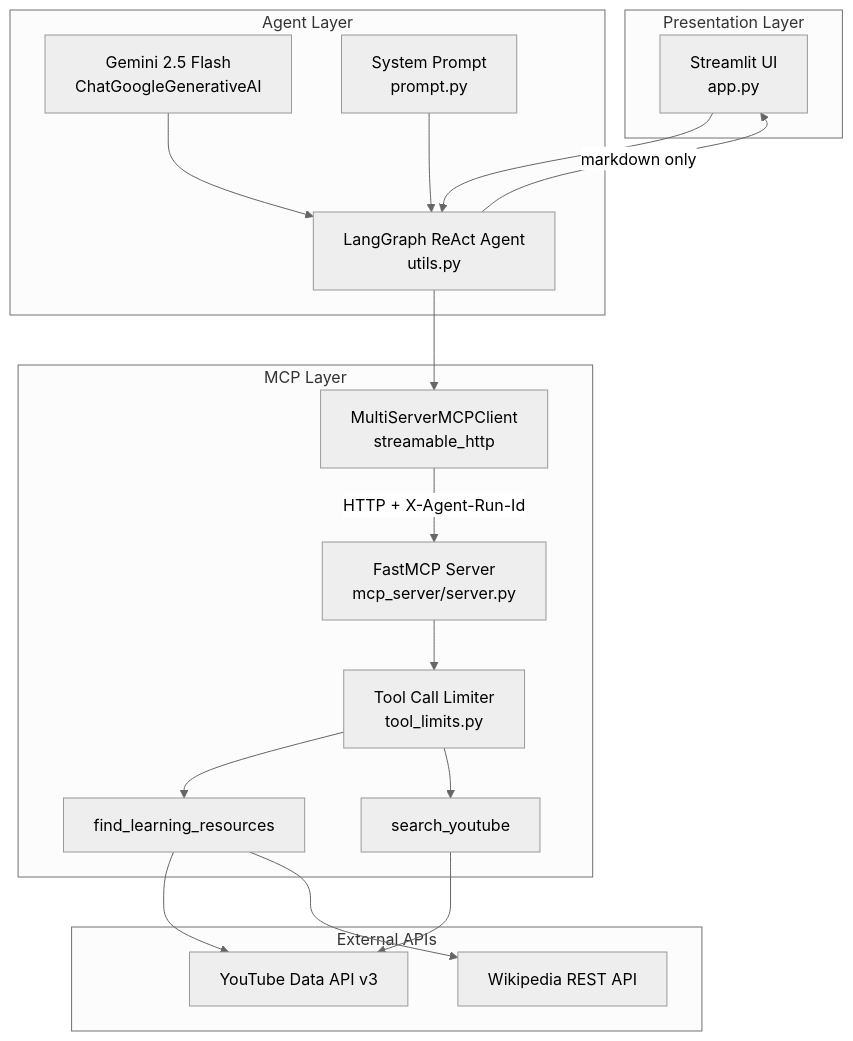
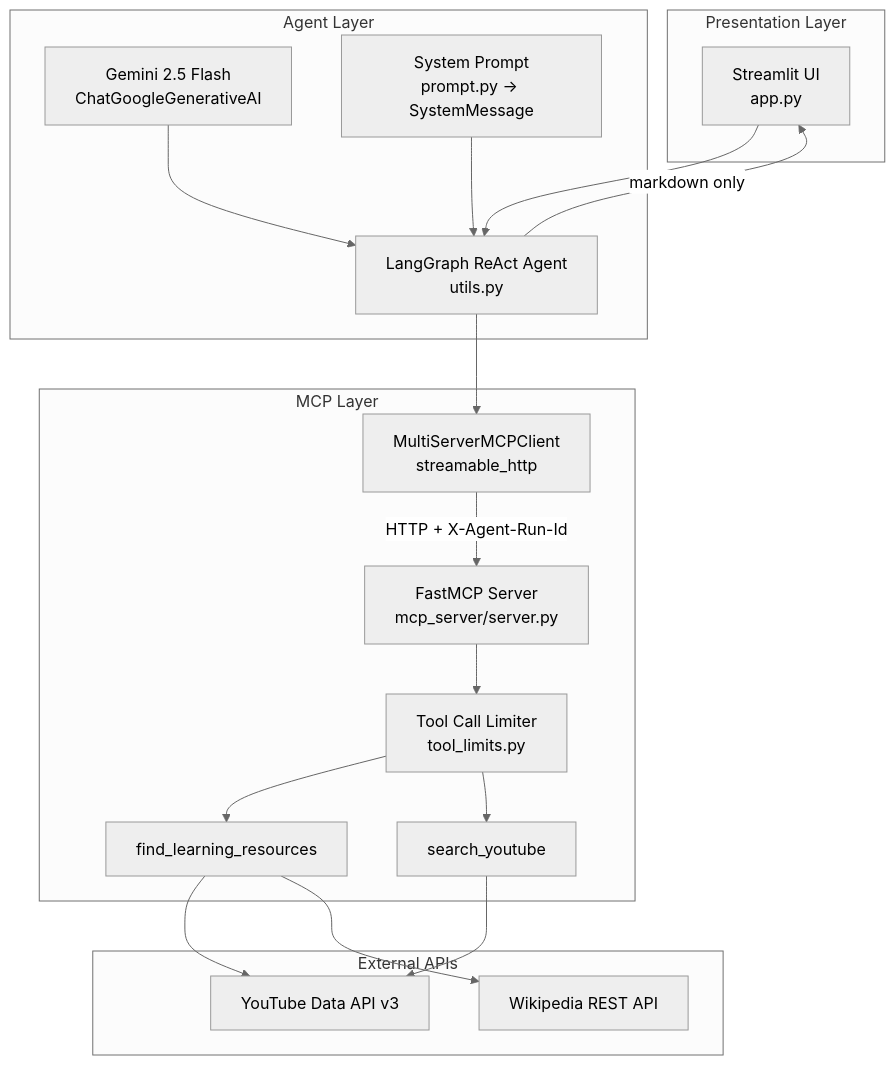
One commit to irfanhabeeb-002/MCP_Learning_path_generator changed the first of 2 diagrams in README.md. Above: the diagram before and after it, drawn with Mermaid (neutral theme). The commit also changed other lines of this file and 5 other files, not shown here.

````diff
--- a/README.md
+++ b/README.md
@@ -146,38 +158,38 @@
 ```mermaid
 flowchart TB
     subgraph Client["Presentation Layer"]
         UI["Streamlit UI<br/>app.py"]
     end
 
     subgraph Orchestration["Agent Layer"]
         Agent["LangGraph ReAct Agent<br/>utils.py"]
         LLM["Gemini 2.5 Flash<br/>ChatGoogleGenerativeAI"]
-        Prompt["System Prompt<br/>prompt.py"]
+        Prompt["System Prompt<br/>prompt.py → SystemMessage"]
     end
 
     subgraph MCP["MCP Layer"]
         ClientMCP["MultiServerMCPClient<br/>streamable_http"]
         Server["FastMCP Server<br/>mcp_server/server.py"]
         Limits["Tool Call Limiter<br/>tool_limits.py"]
         T1["find_learning_resources"]
         T2["search_youtube"]
     end
 
     subgraph External["External APIs"]
         YT["YouTube Data API v3"]
         Wiki["Wikipedia REST API"]
     end
 
     UI --> Agent
     Prompt --> Agent
     LLM --> Agent
     Agent --> ClientMCP
     ClientMCP -->|"HTTP + X-Agent-Run-Id"| Server
     Server --> Limits
     Limits --> T1
     Limits --> T2
     T1 --> YT
     T1 --> Wiki
     T2 --> YT
     Agent -->|"markdown only"| UI
 ```
````
